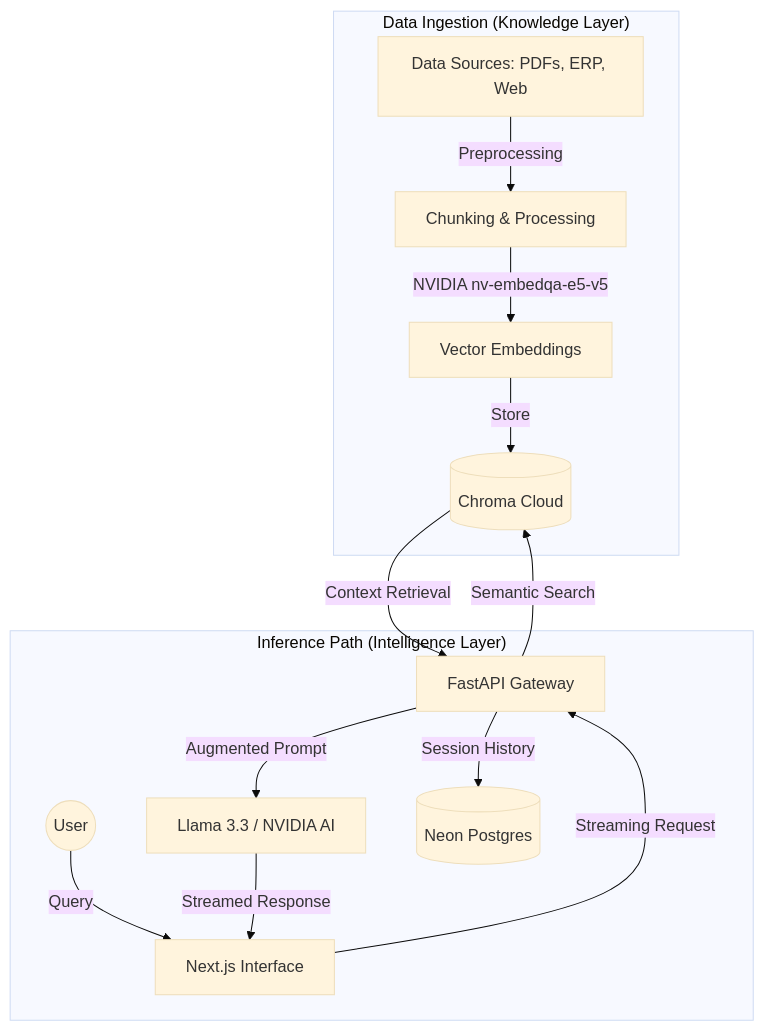
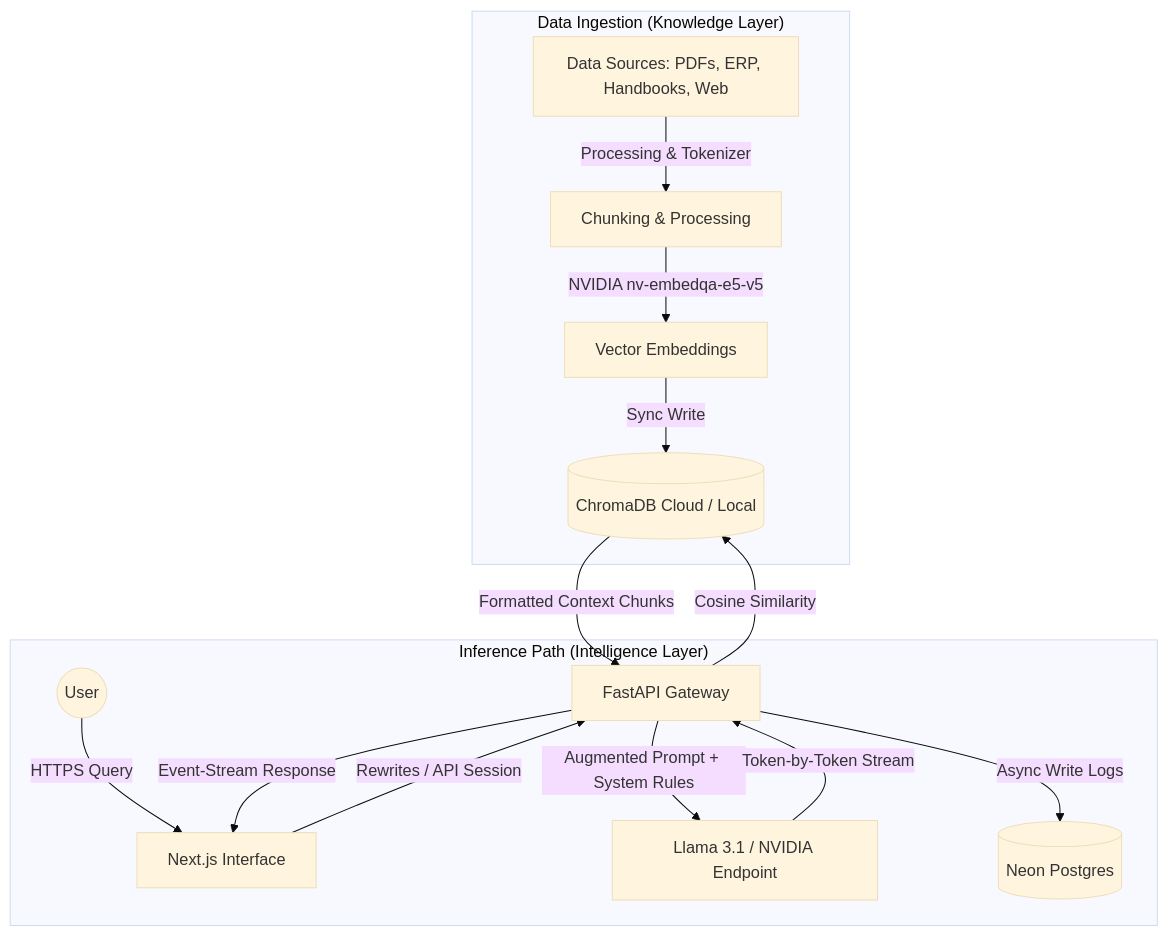
The diagram in README.md (rishabhh0001/snugpt), drawn with Mermaid (base theme) before and after one commit. The commit also changed other lines of this file and 3 other files, not shown here.

````diff
--- a/README.md
+++ b/README.md
@@ -47,18 +37,19 @@
 ```mermaid
 graph TD
     subgraph "Data Ingestion (Knowledge Layer)"
-        DS[Data Sources: PDFs, ERP, Web] -->|Preprocessing| CP[Chunking & Processing]
+        DS[Data Sources: PDFs, ERP, Handbooks, Web] -->|Processing & Tokenizer| CP[Chunking & Processing]
         CP -->|NVIDIA nv-embedqa-e5-v5| EMB[Vector Embeddings]
-        EMB -->|Store| CDB[(Chroma Cloud)]
+        EMB -->|Sync Write| CDB[(ChromaDB Cloud / Local)]
     end
 
     subgraph "Inference Path (Intelligence Layer)"
-        U((User)) -->|Query| FE[Next.js Interface]
-        FE -->|Streaming Request| BE[FastAPI Gateway]
-        BE -->|Semantic Search| CDB
-        CDB -->|Context Retrieval| BE
-        BE -->|Augmented Prompt| LLM[Llama 3.3 / NVIDIA AI]
-        LLM -->|Streamed Response| FE
-        BE -->|Session History| DB[(Neon Postgres)]
+        U((User)) -->|HTTPS Query| FE[Next.js Interface]
+        FE -->|Rewrites / API Session| BE[FastAPI Gateway]
+        BE -->|Cosine Similarity| CDB
+        CDB -->|Formatted Context Chunks| BE
+        BE -->|Augmented Prompt + System Rules| LLM[Llama 3.1 / NVIDIA Endpoint]
+        LLM -->|Token-by-Token Stream| BE
+        BE -->|Event-Stream Response| FE
+        BE -->|Async Write Logs| DB[(Neon Postgres)]
     end
 ```
````
